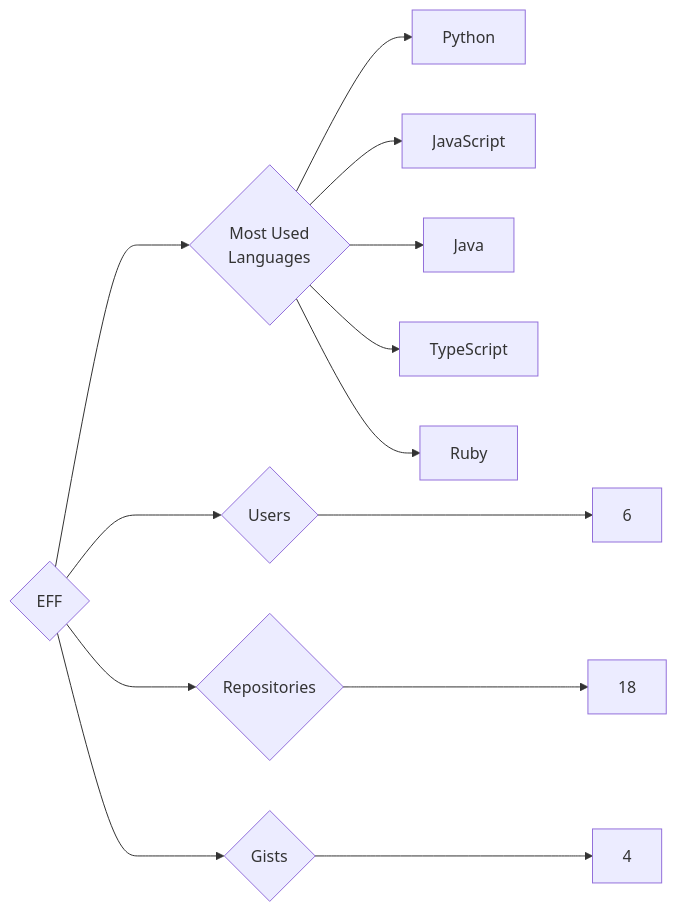
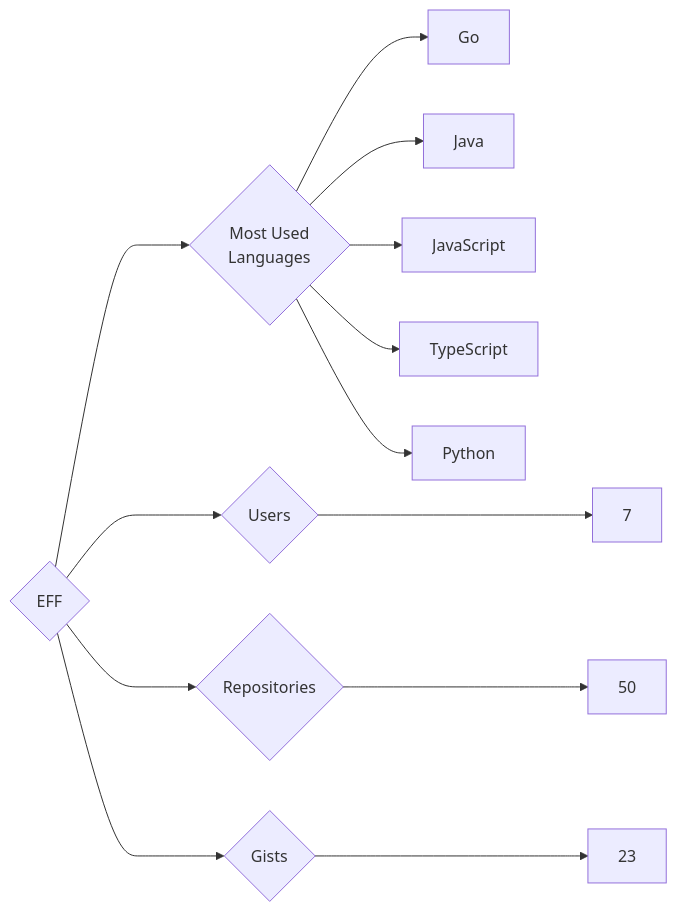
One commit to trickest/insiders changed the diagram in targets/EFF/README.md. Above: the diagram before and after it, drawn with Mermaid. The commit also changed 1238 other files, not shown here.

````diff
--- a/targets/EFF/README.md
+++ b/targets/EFF/README.md
@@ -3,13 +3,13 @@
 ```mermaid
 graph LR
 COMPANY_NAME{EFF}
-COMPANY_NAME ---> U{Users} ---> UN[6]
-COMPANY_NAME ---> R{Repositories} ---> RN[18]
-COMPANY_NAME ---> G{Gists} ---> GN[4]
+COMPANY_NAME ---> U{Users} ---> UN[7]
+COMPANY_NAME ---> R{Repositories} ---> RN[50]
+COMPANY_NAME ---> G{Gists} ---> GN[23]
 COMPANY_NAME ---> ML{Most Used<br>Languages}
+ML --> Go[Go]
+ML --> Java[Java]
+ML --> JavaScript[JavaScript]
+ML --> TypeScript[TypeScript]
 ML --> Python[Python]
-ML --> JavaScript[JavaScript]
-ML --> Java[Java]
-ML --> TypeScript[TypeScript]
-ML --> Ruby[Ruby]
 ```
````
